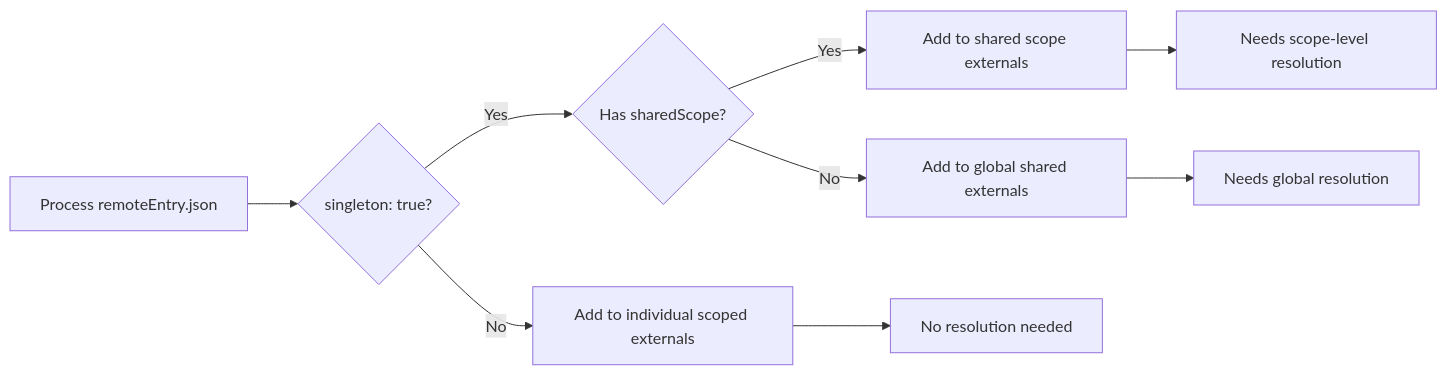
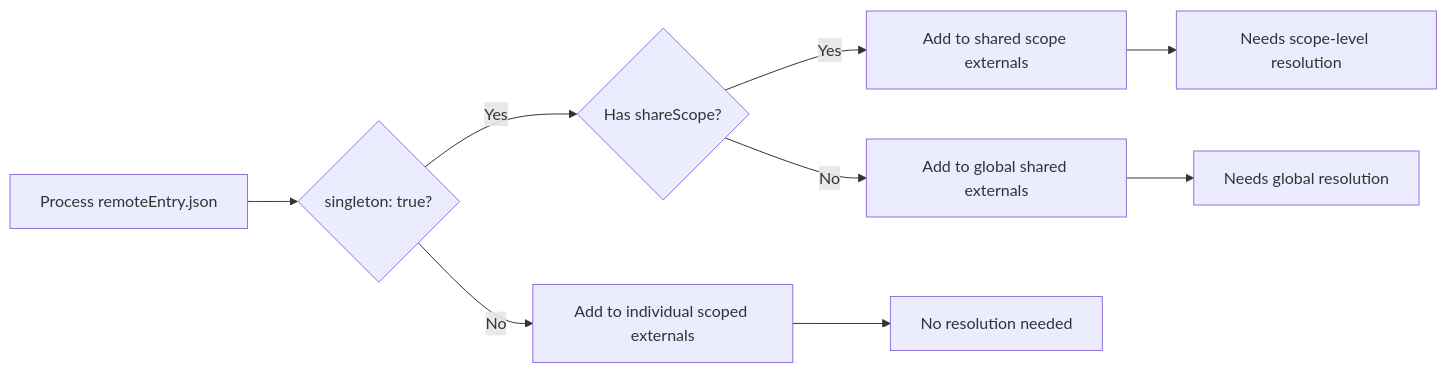
One commit to topicusonderwijs/vanilla-native-federation changed the first of 7 diagrams in docs/version-resolver.md. Above: the diagram before and after it, drawn with Mermaid. The commit also changed other lines of this file and 15 other files, not shown here.

Commit message:
fix: renamed sharedScope to shareScope

````diff
--- a/docs/version-resolver.md
+++ b/docs/version-resolver.md
@@ -180,11 +180,11 @@
 ```mermaid
 flowchart LR
     A[Process remoteEntry.json] --> B{singleton: true?}
-    B -->|Yes| C{Has sharedScope?}
+    B -->|Yes| C{Has shareScope?}
     B -->|No| D[Add to individual scoped externals]
     C -->|Yes| E[Add to shared scope externals]
     C -->|No| F[Add to global shared externals]
     E --> G[Needs scope-level resolution]
     F --> H[Needs global resolution]
     D --> I[No resolution needed]
 ```
````
